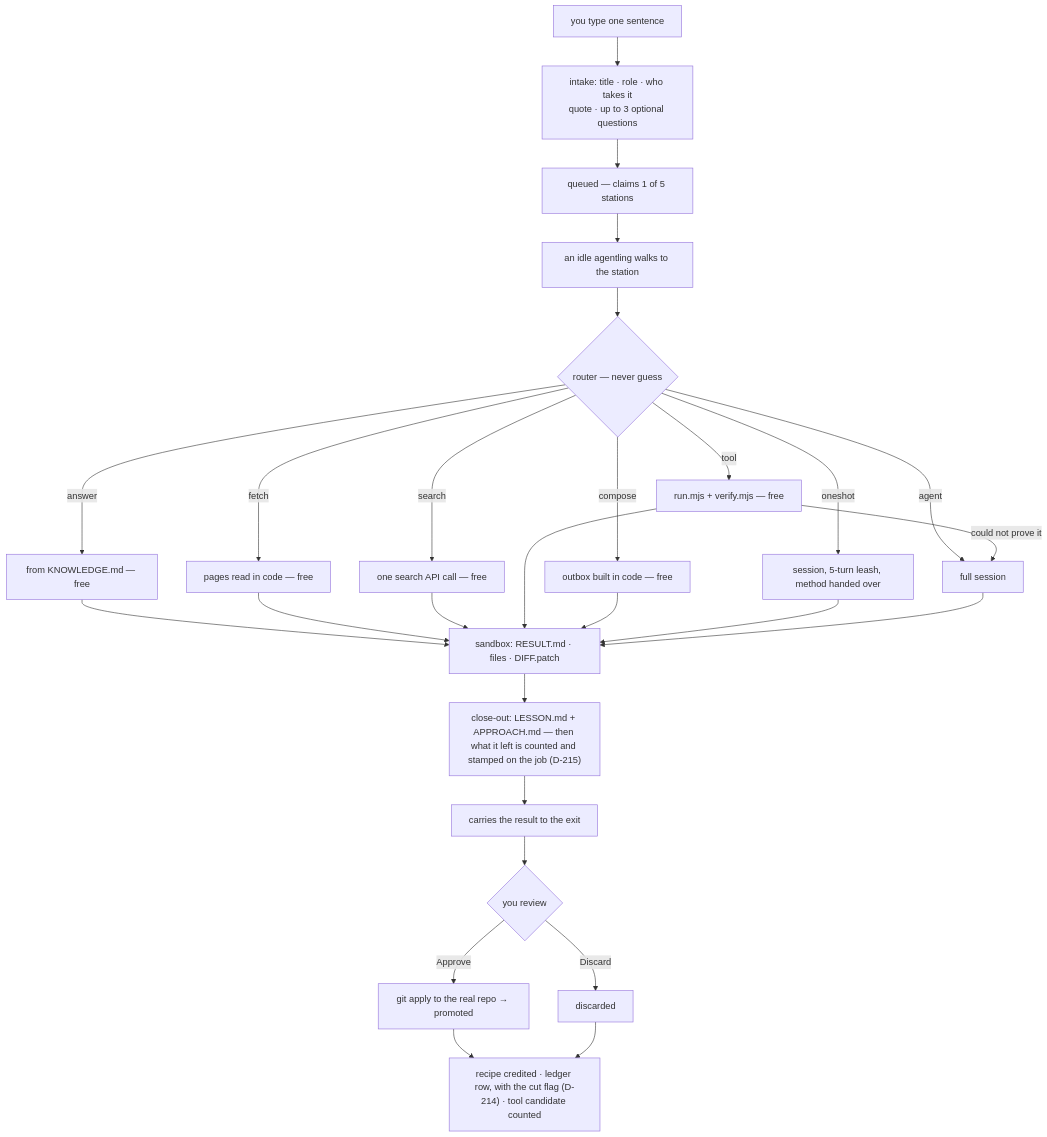
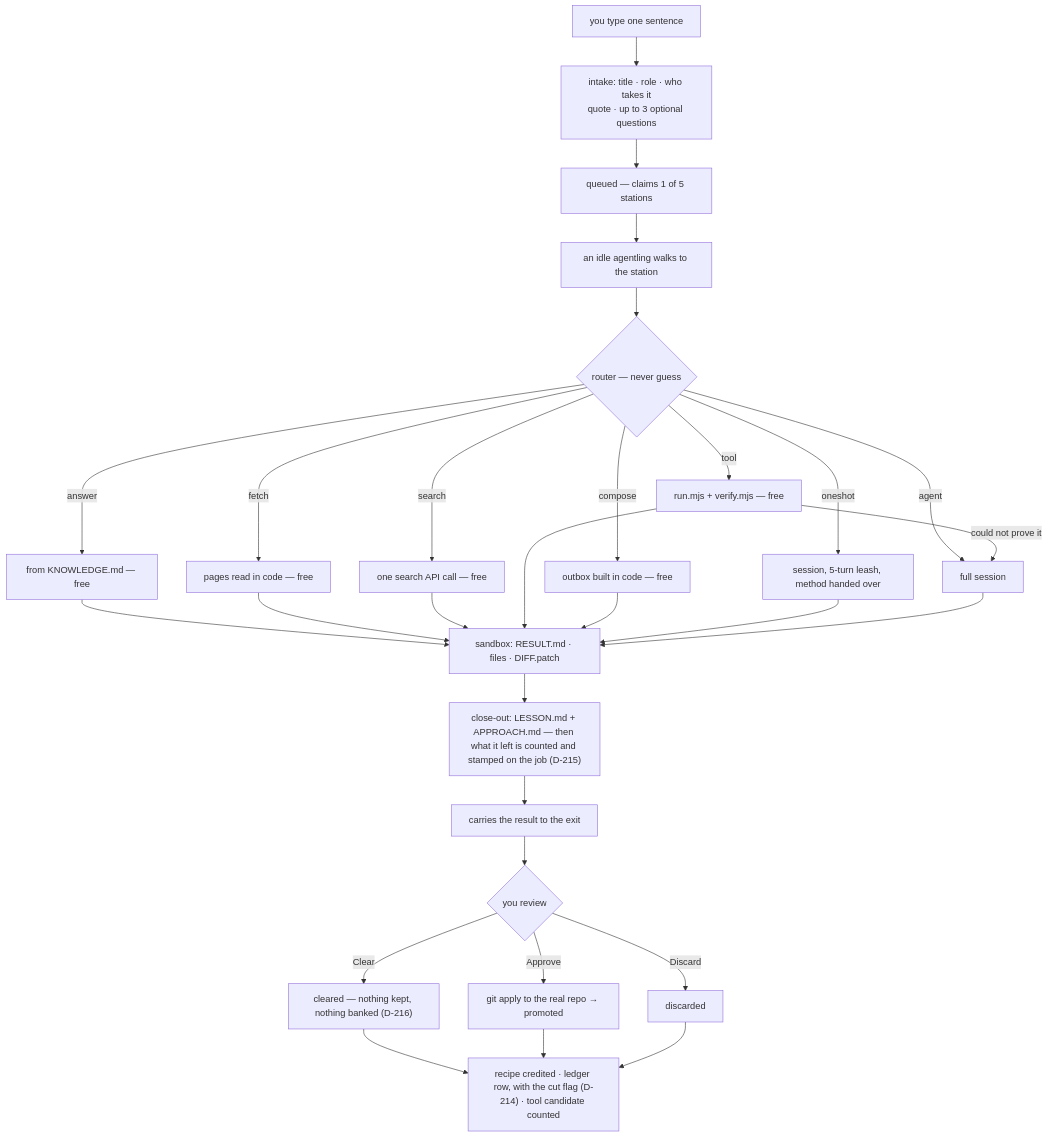
The fourth of 5 diagrams in AGENTLING.md (briant92/Agentlings), drawn with Mermaid before and after one commit. The commit also changed other lines of this file and 11 other files, not shown here.

````diff
--- a/AGENTLING.md
+++ b/AGENTLING.md
@@ -1385,29 +1389,31 @@
 ```mermaid
 flowchart TD
   S["you type one sentence"] --> I["intake: title · role · who takes it<br/>quote · up to 3 optional questions"]
   I --> Q["queued — claims 1 of 5 stations"]
   Q --> W["an idle agentling walks to the station"]
   W --> R{"router — never guess"}
   R -->|"answer"| F1["from KNOWLEDGE.md — free"]
   R -->|"fetch"| F2["pages read in code — free"]
   R -->|"search"| F4["one search API call — free"]
   R -->|"tool"| F3["run.mjs + verify.mjs — free"]
   R -->|"compose"| F5["outbox built in code — free"]
   R -->|"oneshot"| SE["session, 5-turn leash, method handed over"]
   R -->|"agent"| SE2["full session"]
   F3 -->|"could not prove it"| SE2
   F1 --> D["sandbox: RESULT.md · files · DIFF.patch"]
   F2 --> D
   F4 --> D
   F3 --> D
   F5 --> D
   SE --> D
   SE2 --> D
   D --> C["close-out: LESSON.md + APPROACH.md — then what it left is counted and stamped on the job (D-215)"]
   C --> X["carries the result to the exit"]
   X --> V{"you review"}
   V -->|"Approve"| P["git apply to the real repo → promoted"]
   V -->|"Discard"| DI["discarded"]
+  V -->|"Clear"| CL["cleared — nothing kept, nothing banked (D-216)"]
+  CL --> LN
   P --> LN["recipe credited · ledger row, with the cut flag (D-214) · tool candidate counted"]
   DI --> LN
 ```
````
